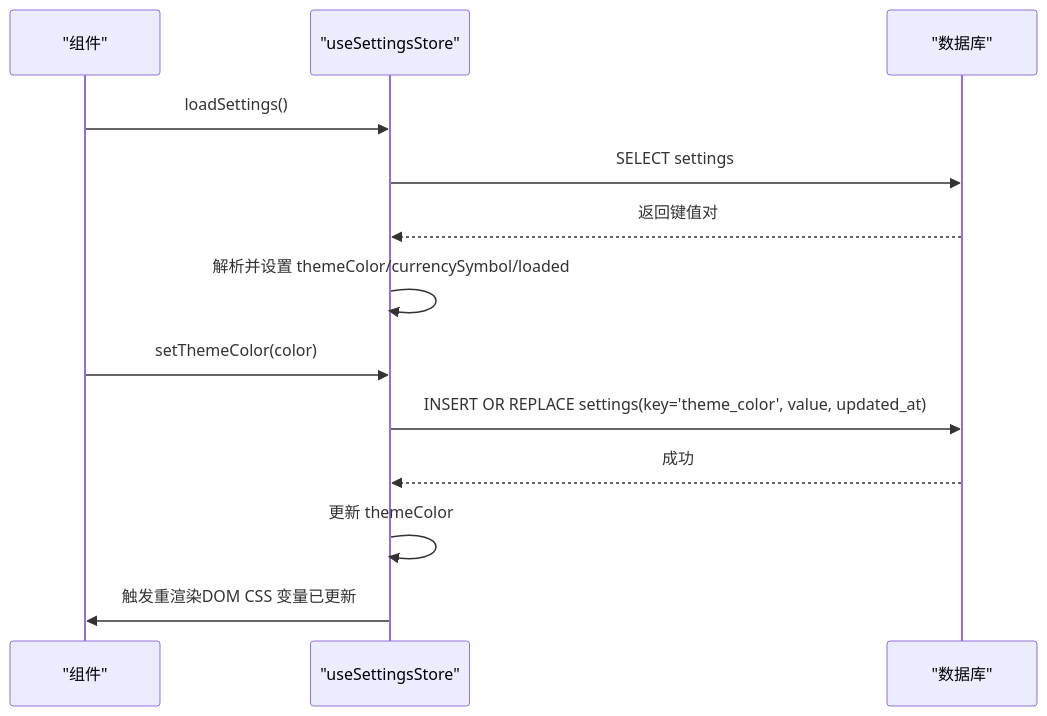
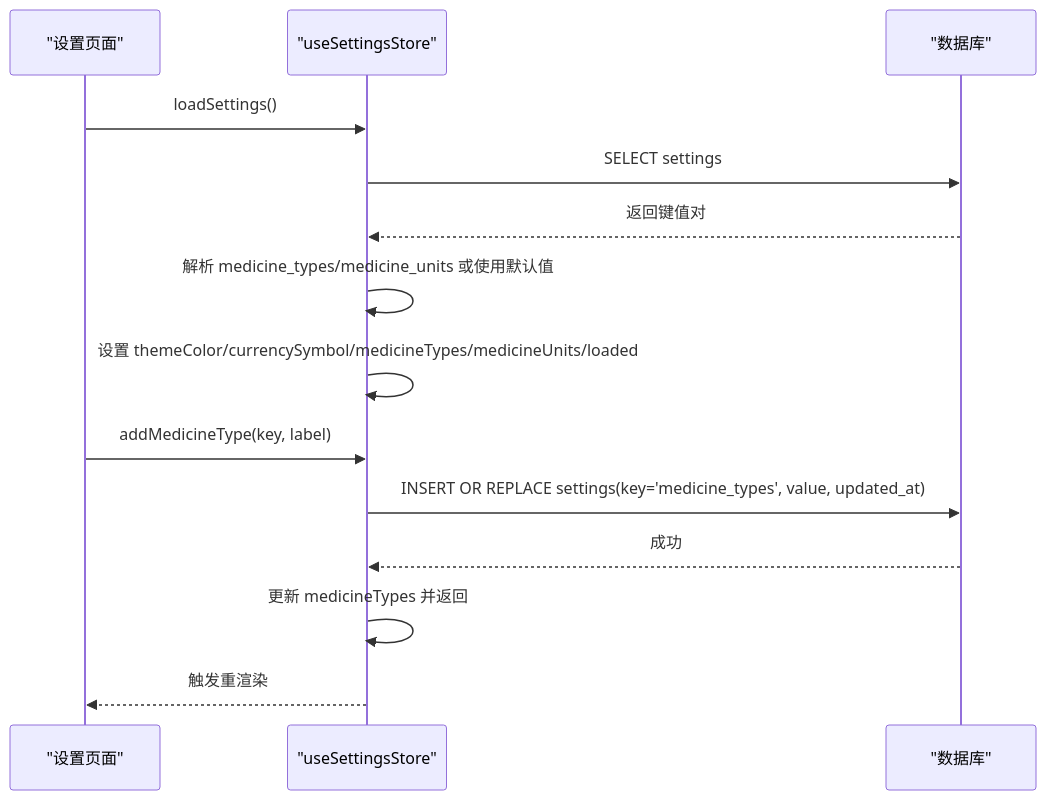
Before and after one commit to yn-zxj/Assetly: the sixth of 7 diagrams in .qoder/repowiki/zh/content/状态管理/状态管理.md, drawn with Mermaid. The commit also changed other lines of this file and 16 other files, not shown here.

````diff
--- a/.qoder/repowiki/zh/content/状态管理/状态管理.md
+++ b/.qoder/repowiki/zh/content/状态管理/状态管理.md
@@ -344,15 +366,16 @@
 ```mermaid
 sequenceDiagram
-participant UI as "组件"
+participant UI as "设置页面"
 participant Store as "useSettingsStore"
 participant DB as "数据库"
 UI->>Store : loadSettings()
 Store->>DB : SELECT settings
 DB-->>Store : 返回键值对
-Store->>Store : 解析并设置 themeColor/currencySymbol/loaded
-UI->>Store : setThemeColor(color)
-Store->>DB : INSERT OR REPLACE settings(key='theme_color', value, updated_at)
+Store->>Store : 解析 medicine_types/medicine_units 或使用默认值
+Store->>Store : 设置 themeColor/currencySymbol/medicineTypes/medicineUnits/loaded
+UI->>Store : addMedicineType(key, label)
+Store->>DB : INSERT OR REPLACE settings(key='medicine_types', value, updated_at)
 DB-->>Store : 成功
-Store->>Store : 更新 themeColor
-Store->>UI : 触发重渲染DOM CSS 变量已更新
+Store->>Store : 更新 medicineTypes 并返回
+Store-->>UI : 触发重渲染
 ```
````
